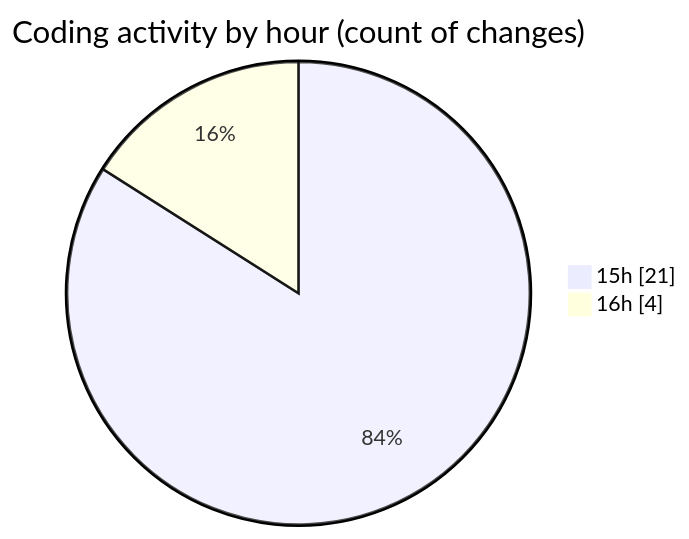
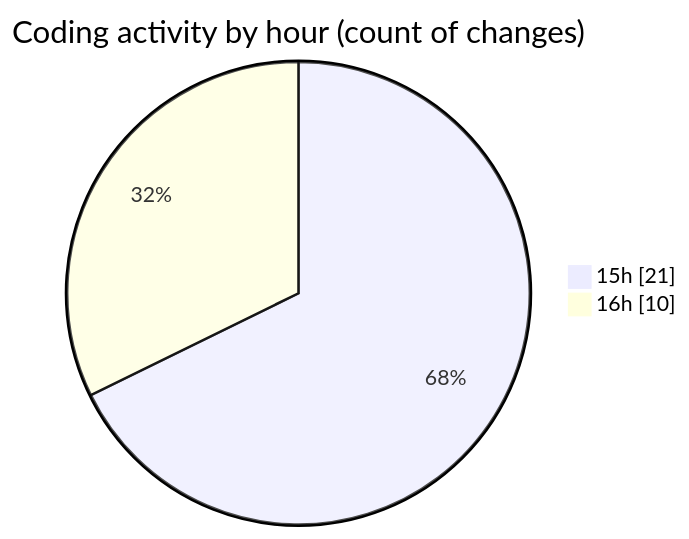
The second of 2 diagrams in 2025-01-26/results-summary-component-main/README.md (NitaiMahat/code-tracking), drawn with Mermaid before and after one commit. The commit also changed other lines of this file and 1 other file, not shown here.

````diff
--- a/2025-01-26/results-summary-component-main/README.md
+++ b/2025-01-26/results-summary-component-main/README.md
@@ -30,6 +30,6 @@
 ```mermaid
 pie showData
 title Coding activity by hour (count of changes)
 "15h" : 21
-"16h" : 4
+"16h" : 10
 ```
````
